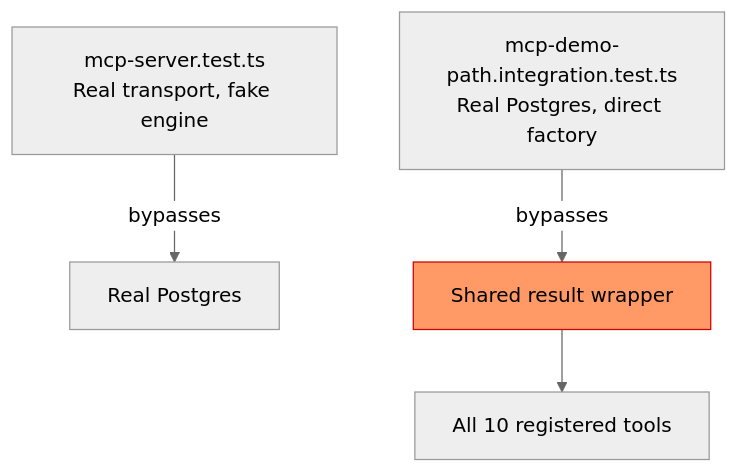
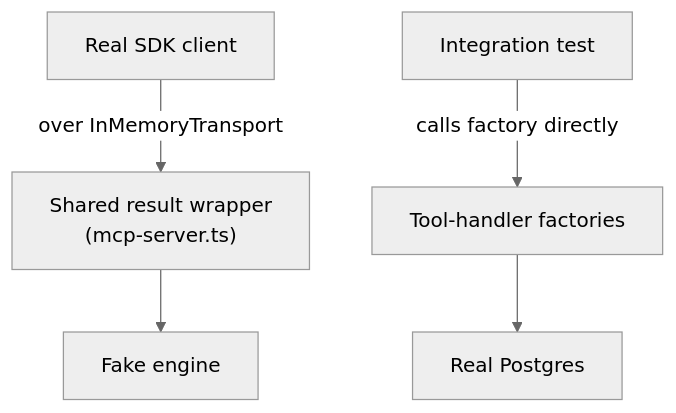
One commit to stemolly/wiki changed the third of 3 diagrams in src/content/docs/vi/engineering/testing.md. Above: the diagram before and after it, drawn with Mermaid (neutral theme). The commit also changed other lines of this file and 51 other files, not shown here.

````diff
--- a/src/content/docs/vi/engineering/testing.md
+++ b/src/content/docs/vi/engineering/testing.md
@@ -124,7 +101,7 @@
 ```mermaid
-graph TD
-    A["mcp-server.test.ts<br/>Real transport, fake engine"] -- bypasses --> PG["Real Postgres"]
-    B["mcp-demo-path.integration.test.ts<br/>Real Postgres, direct factory"] -- bypasses --> W["Shared result wrapper"]
-    W --> T["All 10 registered tools"]
-    style W fill:#f96,stroke:#c00
+flowchart TD
+    Client["Real SDK client"] -->|"over InMemoryTransport"| Wrapper["Shared result wrapper<br/>(mcp-server.ts)"]
+    Wrapper --> FakeEngine["Fake engine"]
+    IntegrationTest["Integration test"] -->|"calls factory directly"| Handlers["Tool-handler factories"]
+    Handlers --> RealPG["Real Postgres"]
 ```
````
